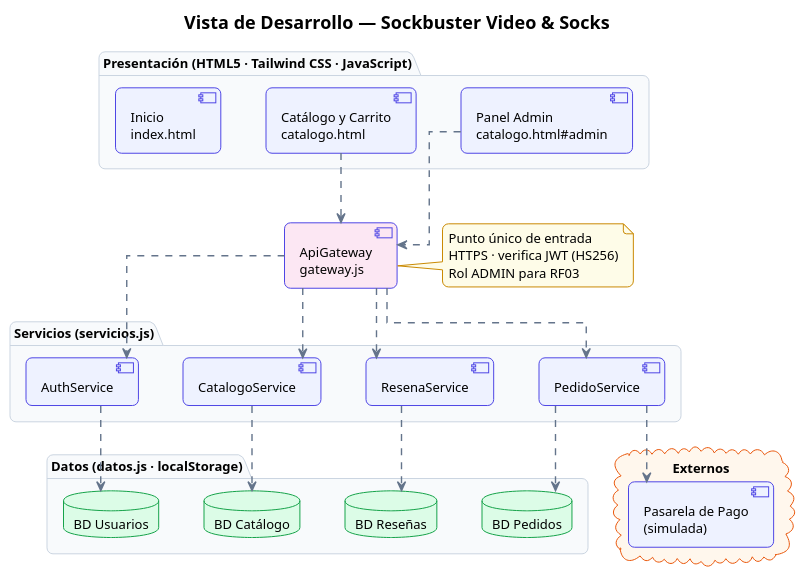
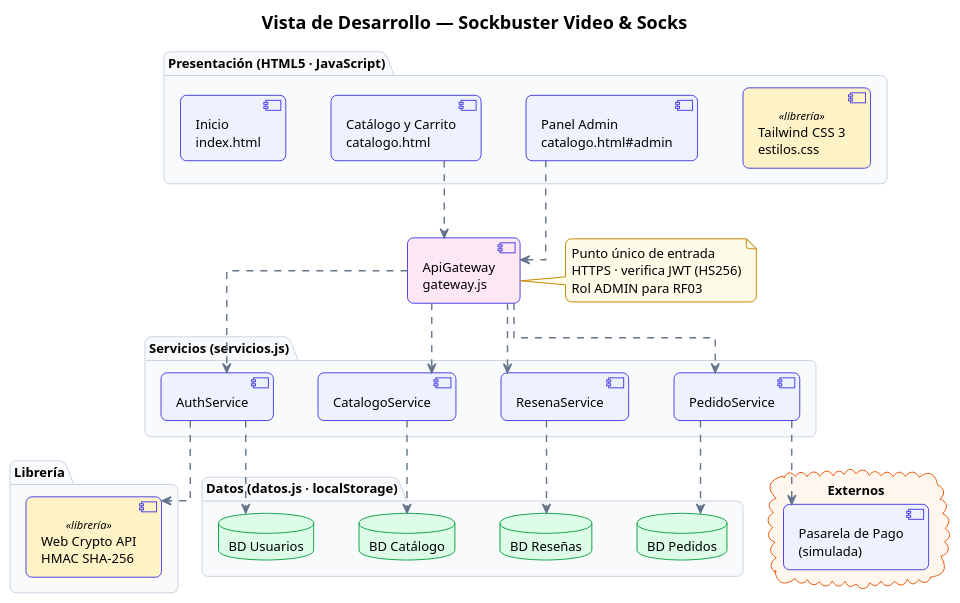
One commit to anthia333/sockbuster changed the third of 6 diagrams in arquitectura.puml. Above: the diagram before and after it, drawn with PlantUML. The commit also changed 10 other files, not shown here.

```diff
--- a/arquitectura.puml
+++ b/arquitectura.puml
@@ -184,78 +184,86 @@
 @startuml componentes
 !theme plain
 skinparam defaultFontName "Segoe UI"
 skinparam defaultFontSize 13
 skinparam shadowing false
 skinparam roundCorner 12
 skinparam linetype ortho
 skinparam nodesep 45
 skinparam ranksep 70
 skinparam ArrowColor #64748B
 skinparam ArrowThickness 1.4
 skinparam titleFontSize 18
 skinparam packageBackgroundColor #F8FAFC
 skinparam packageBorderColor #CBD5E1
 skinparam componentBackgroundColor #EEF2FF
 skinparam componentBorderColor #4F46E5
 skinparam databaseBackgroundColor #DCFCE7
 skinparam databaseBorderColor #16A34A
 skinparam cloudBackgroundColor #FFF7ED
 skinparam cloudBorderColor #EA580C
 skinparam noteBackgroundColor #FEFCE8
 skinparam noteBorderColor #CA8A04
+skinparam componentStereotypeFontSize 11
 
 title Vista de Desarrollo — Sockbuster Video & Socks
 
-package "Presentación (HTML5 · Tailwind CSS · JavaScript)" {
+package "Presentación (HTML5 · JavaScript)" {
   [Inicio\nindex.html] as Inicio
   [Catálogo y Carrito\ncatalogo.html] as Catalogo
   [Panel Admin\ncatalogo.html#admin] as Panel
+  [Tailwind CSS 3\nestilos.css] <<librería>> as TW #FEF3C7
 }
 
 [ApiGateway\ngateway.js] as GW #FCE7F3
 note right of GW
   Punto único de entrada
   HTTPS · verifica JWT (HS256)
   Rol ADMIN para RF03
 end note
 
 package "Servicios (servicios.js)" {
   [AuthService] as Auth
   [CatalogoService] as Cat
   [ResenaService] as Res
   [PedidoService] as Ped
 }
 
+package "Librería" {
+  [Web Crypto API\nHMAC SHA-256] <<librería>> as WC #FEF3C7
+}
 package "Datos (datos.js · localStorage)" {
   database "BD Usuarios" as DBU
   database "BD Catálogo" as DBC
   database "BD Reseñas" as DBR
   database "BD Pedidos" as DBP
 }
 cloud "Externos" {
   [Pasarela de Pago\n(simulada)] as PG
 }
 
 Inicio -[hidden]right- Catalogo
 Catalogo -[hidden]right- Panel
+Panel -[hidden]right- TW
 Catalogo ..> GW
 Panel ..> GW
 
 Auth -[hidden]right- Cat
 Cat -[hidden]right- Res
 Res -[hidden]right- Ped
+WC -[hidden]right- DBU
 DBU -[hidden]right- DBC
 DBC -[hidden]right- DBR
 DBR -[hidden]right- DBP
 
 GW ..> Auth
 GW ..> Cat
 GW ..> Res
 GW ..> Ped
 
+Auth ..> WC
 Auth ..> DBU
 Cat ..> DBC
 Res ..> DBR
 Ped ..> DBP
 Ped ..> PG
 @enduml
```
